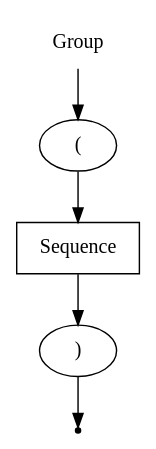
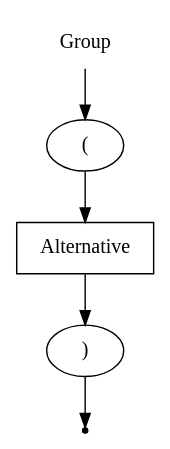
Before and after one commit to EgorGoluzin/DSL: the diagram in DSLTools/examples/rbnf/wirth/Group.gv, drawn with Graphviz. The commit also changed 17 other files, not shown here.

```diff
--- a/DSLTools/examples/rbnf/wirth/Group.gv
+++ b/DSLTools/examples/rbnf/wirth/Group.gv
@@ -1,11 +1,11 @@
 digraph Group {
     start [label = "Group" shape = plaintext];
     end [label = "" shape = point];
     A [label = "(" shape = oval];
-    B [label = "Sequence" shape = box];
+    B [label = "Alternative" shape = box];
     C [label = ")" shape = oval];
     start -> A;
     A -> B;
     B -> C;
     C -> end;
 }
```
